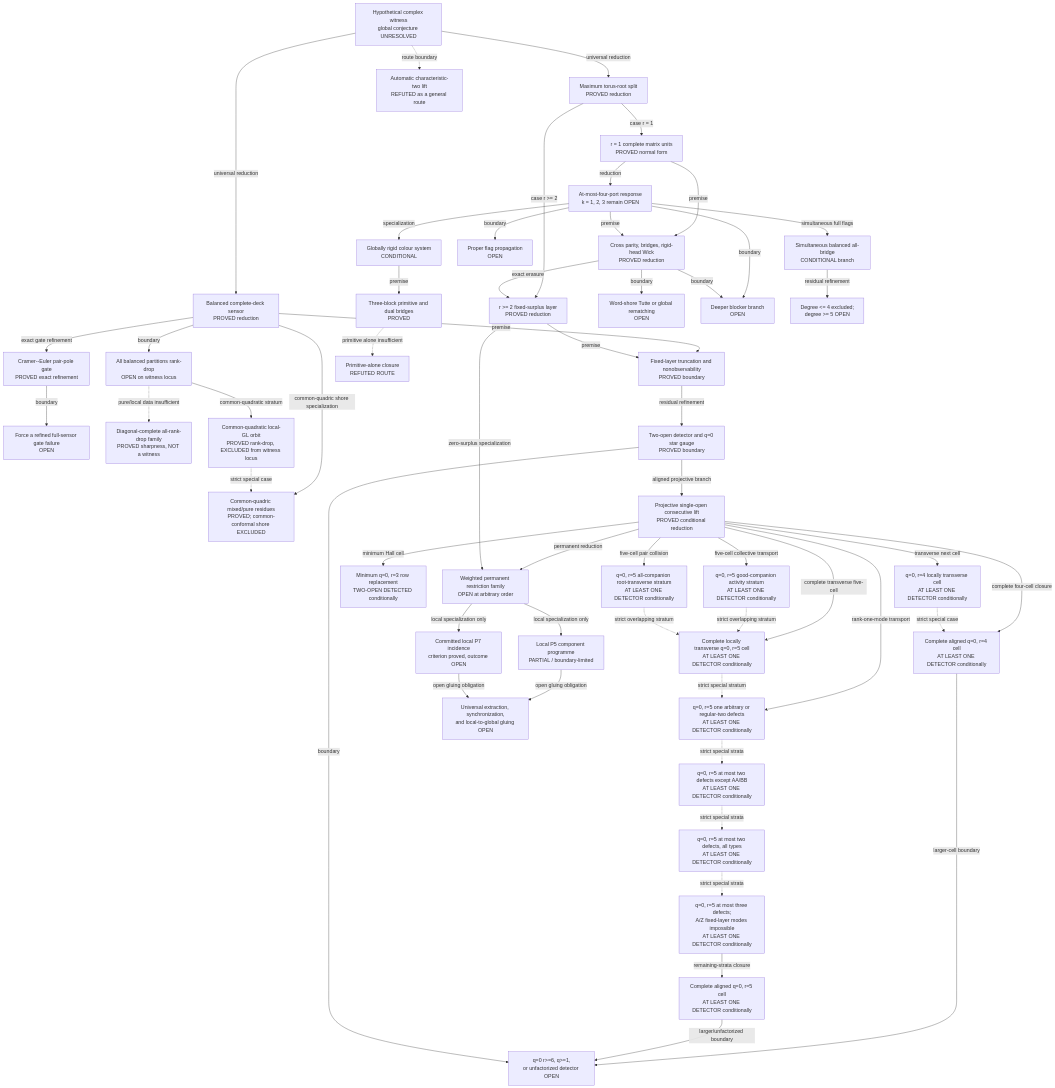
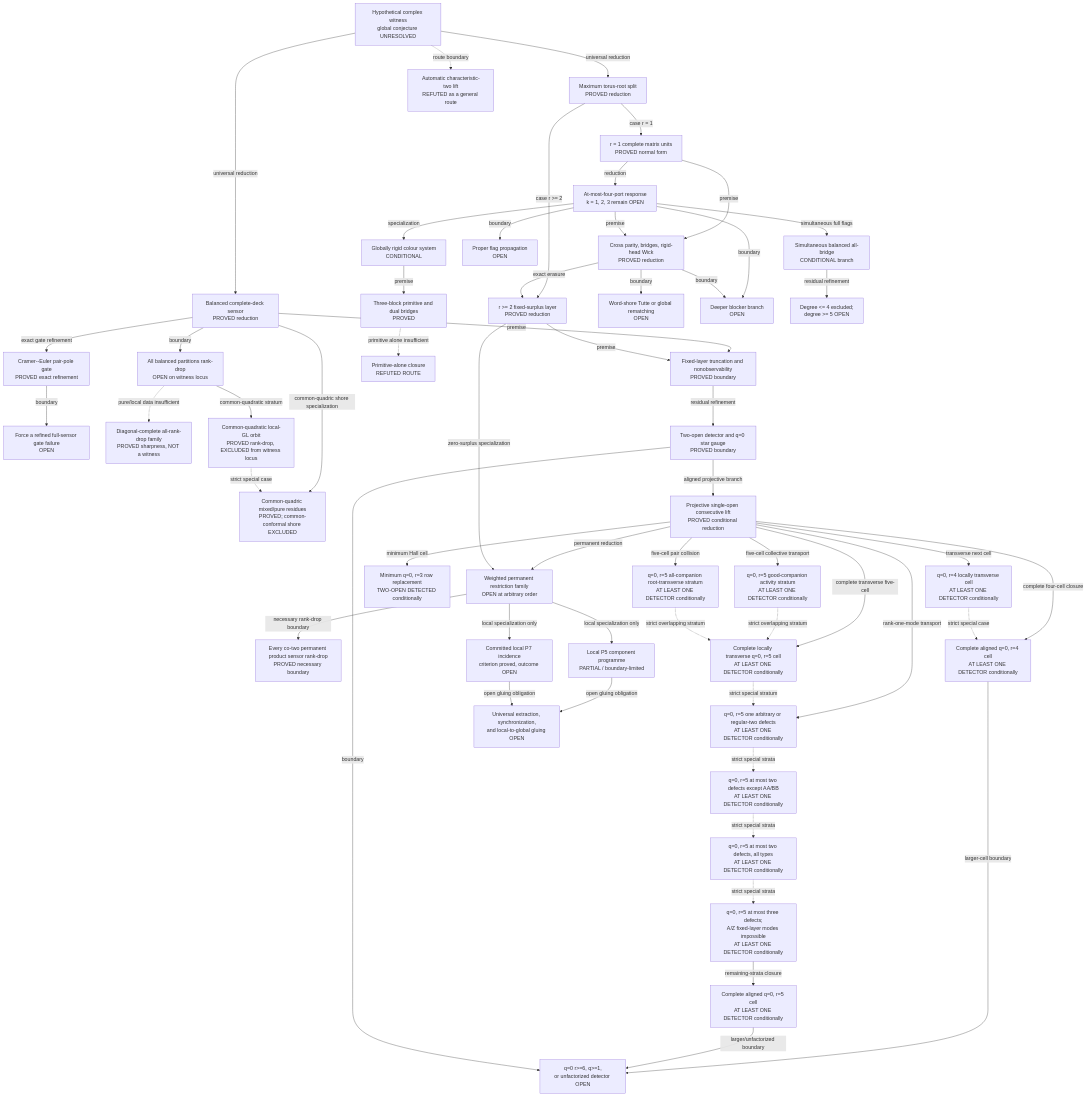
One commit to YesterdaysLemon/krenn-gu-research changed the diagram in docs/current-frontier.md. Above: the diagram before and after it, drawn with Mermaid. The commit also changed other lines of this file and 7 other files, not shown here.

Commit message:
Force co-two permanent sensor rank drop

```diff
--- a/docs/current-frontier.md
+++ b/docs/current-frontier.md
@@ -55,6 +55,7 @@
   M1["Maximum torus-root split<br/>PROVED reduction"]
   M2["r >= 2 fixed-surplus layer<br/>PROVED reduction"]
   PR["Weighted permanent restriction family<br/>OPEN at arbitrary order"]
+  PRC["Every co-two permanent product sensor rank-drop<br/>PROVED necessary boundary"]
   O1["Fixed-layer truncation and nonobservability<br/>PROVED boundary"]
   O2["Two-open detector and q=0 star gauge<br/>PROVED boundary"]
   O2P["Projective single-open consecutive lift<br/>PROVED conditional reduction"]
@@ -125,6 +126,7 @@
   O2I -->|larger/unfactorized boundary| O3
   O2 -->|boundary| O3
   M2 -->|zero-surplus specialization| PR
+  PR -->|necessary rank-drop boundary| PRC
 
   U1 -->|reduction| U2
   U2 -->|specialization| U3
```
